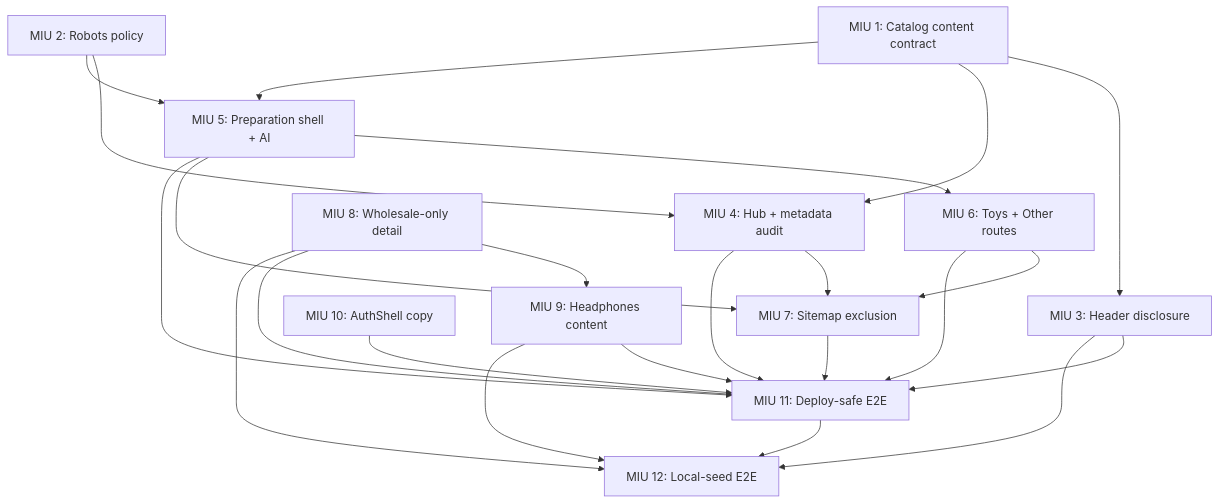
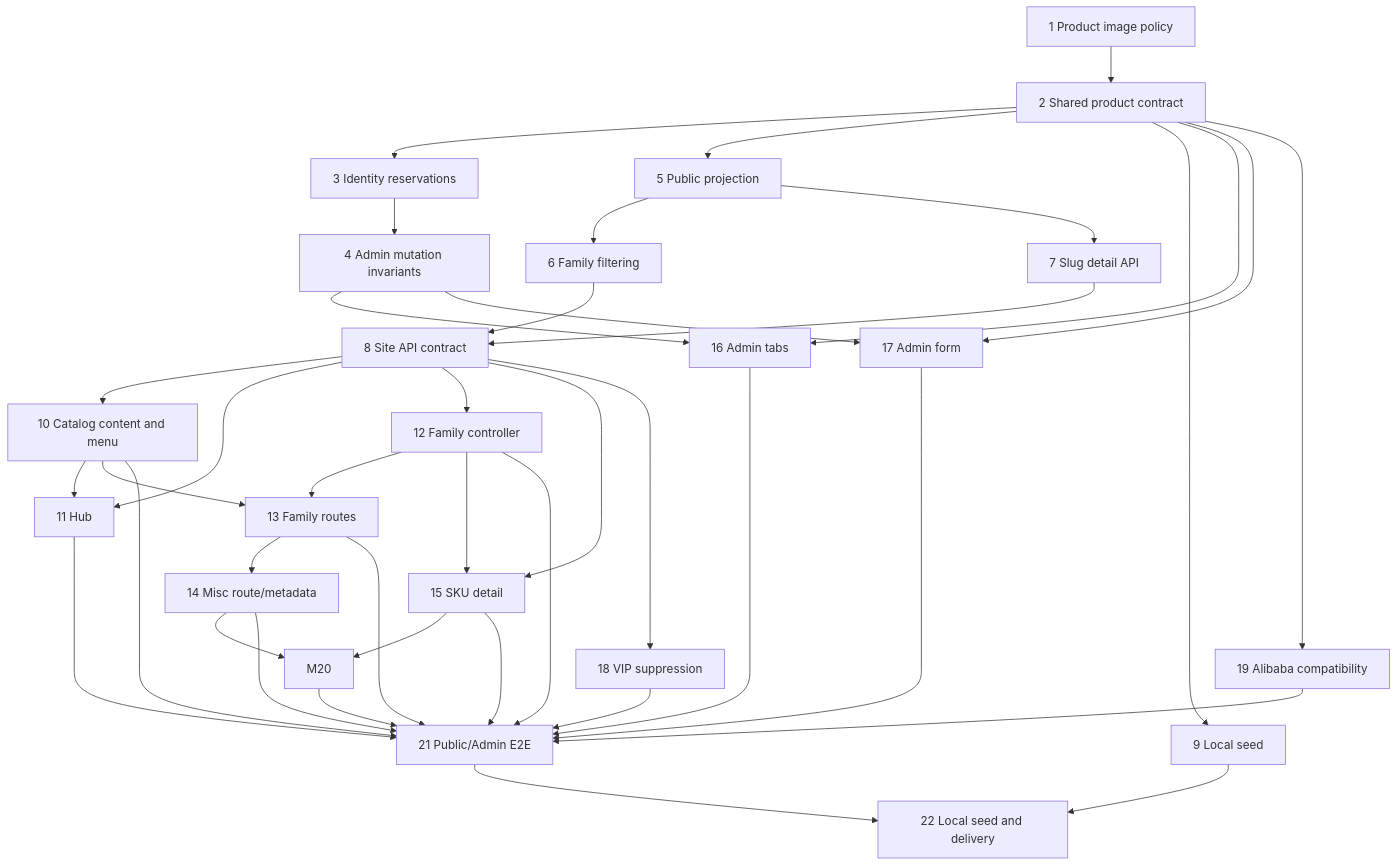
One commit to vibelingan/channel changed the diagram in docs/catalog-category-expansion/MIU_BREAKDOWN.md. Above: the diagram before and after it, drawn with Mermaid. The commit also changed other lines of this file and 4 other files, not shown here.

Commit message:
feat(catalog): establish V1.1 product media contract

````diff
--- a/docs/catalog-category-expansion/MIU_BREAKDOWN.md
+++ b/docs/catalog-category-expansion/MIU_BREAKDOWN.md
@@ -16,38 +9,42 @@
 ```mermaid
 flowchart TD
-    M1[MIU 1: Catalog content contract]
-    M2[MIU 2: Robots policy]
-    M3[MIU 3: Header disclosure]
-    M4[MIU 4: Hub + metadata audit]
-    M5[MIU 5: Preparation shell + AI]
-    M6[MIU 6: Toys + Other routes]
-    M7[MIU 7: Sitemap exclusion]
-    M8[MIU 8: Wholesale-only detail]
-    M9[MIU 9: Headphones content]
-    M10[MIU 10: AuthShell copy]
-    M11[MIU 11: Deploy-safe E2E]
-    M12[MIU 12: Local-seed E2E]
-
-    M1 --> M3
-    M1 --> M4
-    M2 --> M4
-    M1 --> M5
-    M2 --> M5
-    M5 --> M6
-    M4 --> M7
-    M5 --> M7
-    M6 --> M7
-    M8 --> M9
-    M3 --> M11
-    M4 --> M11
-    M5 --> M11
-    M6 --> M11
-    M7 --> M11
-    M8 --> M11
-    M9 --> M11
-    M10 --> M11
-    M3 --> M12
-    M8 --> M12
-    M9 --> M12
-    M11 --> M12
+  M1[1 Product image policy] --> M2[2 Shared product contract]
+  M2 --> M3[3 Identity reservations]
+  M3 --> M4[4 Admin mutation invariants]
+  M2 --> M5[5 Public projection]
+  M5 --> M6[6 Family filtering]
+  M5 --> M7[7 Slug detail API]
+  M6 --> M8[8 Site API contract]
+  M7 --> M8
+  M2 --> M9[9 Local seed]
+  M8 --> M10[10 Catalog content and menu]
+  M8 --> M11[11 Hub]
+  M10 --> M11
+  M8 --> M12[12 Family controller]
+  M10 --> M13[13 Family routes]
+  M12 --> M13
+  M13 --> M14[14 Misc route/metadata]
+  M8 --> M15[15 SKU detail]
+  M12 --> M15
+  M2 --> M16[16 Admin tabs]
+  M4 --> M16
+  M2 --> M17[17 Admin form]
+  M4 --> M17[17 Admin form]
+  M8 --> M18[18 VIP suppression]
+  M2 --> M19[19 Alibaba compatibility]
+  M14 --> M20
+  M15 --> M20
+  M10 --> M21[21 Public/Admin E2E]
+  M11 --> M21[21 Public/Admin E2E]
+  M12 --> M21
+  M13 --> M21
+  M14 --> M21
+  M15 --> M21
+  M16 --> M21
+  M17 --> M21
+  M18 --> M21
+  M19 --> M21
+  M20 --> M21
+  M9 --> M22[22 Local seed and delivery]
+  M21 --> M22
 ```
````
